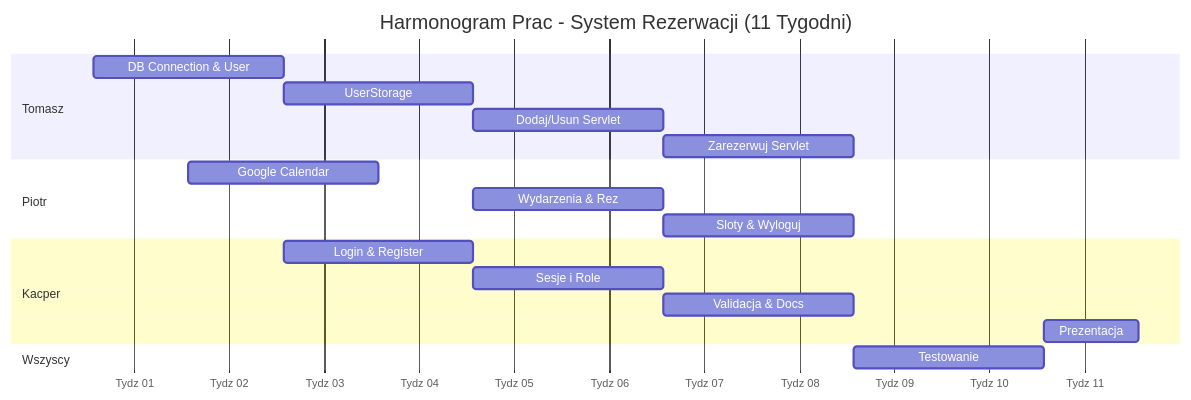
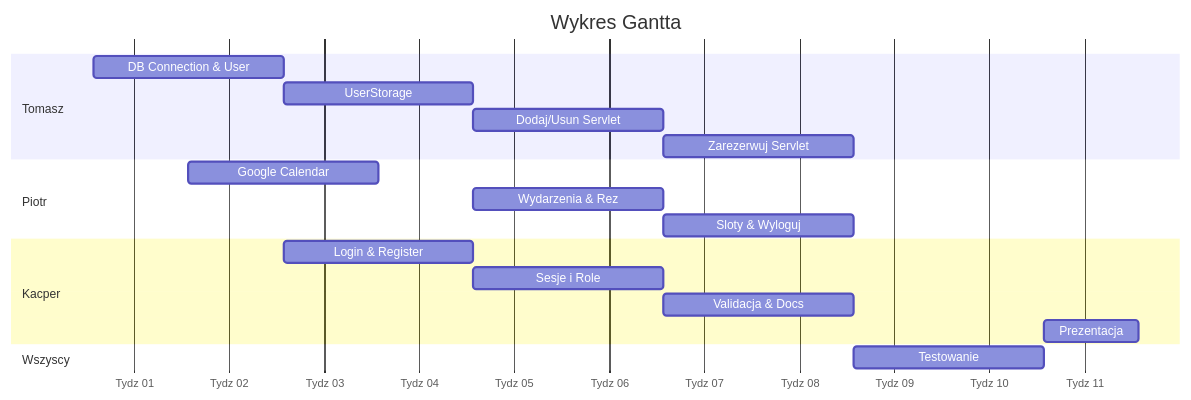
Before and after one commit to Piotr0605/System-rezerwacji-fryzjer-andrzej: the second of 2 diagrams in README.md, drawn with Mermaid.

Commit message:
Dodanie wykresu Gantta

````diff
--- a/README.md
+++ b/README.md
@@ -156,27 +156,27 @@
 ```mermaid
 gantt
-    title Harmonogram Prac - System Rezerwacji (11 Tygodni)
+    title Wykres Gantta
     dateFormat  YYYY-MM-DD
     axisFormat  Tydz %U
     todayMarker off
 
     section Tomasz
     DB Connection & User           :  t1, 2026-01-01, 14d
     UserStorage                    :  t2, 2026-01-15, 14d
     Dodaj/Usun Servlet             :  t3, 2026-01-29, 14d
     Zarezerwuj Servlet             :        t4, 2026-02-12, 14d
 
     section Piotr
     Google Calendar                : p1, 2026-01-08, 14d
     Wydarzenia & Rez               :        p2, 2026-01-29, 14d
     Sloty & Wyloguj                :        p3, 2026-02-12, 14d
 
     section Kacper
     Login & Register               : k1, 2026-01-15, 14d
     Sesje i Role                   :        k2, 2026-01-29, 14d
     Validacja & Docs               :        k3, 2026-02-12, 14d
     Prezentacja                    :        k4, 2026-03-12, 7d
 
     section Wszyscy
     Testowanie                     :        w1, 2026-02-26, 14d
 ```
````
